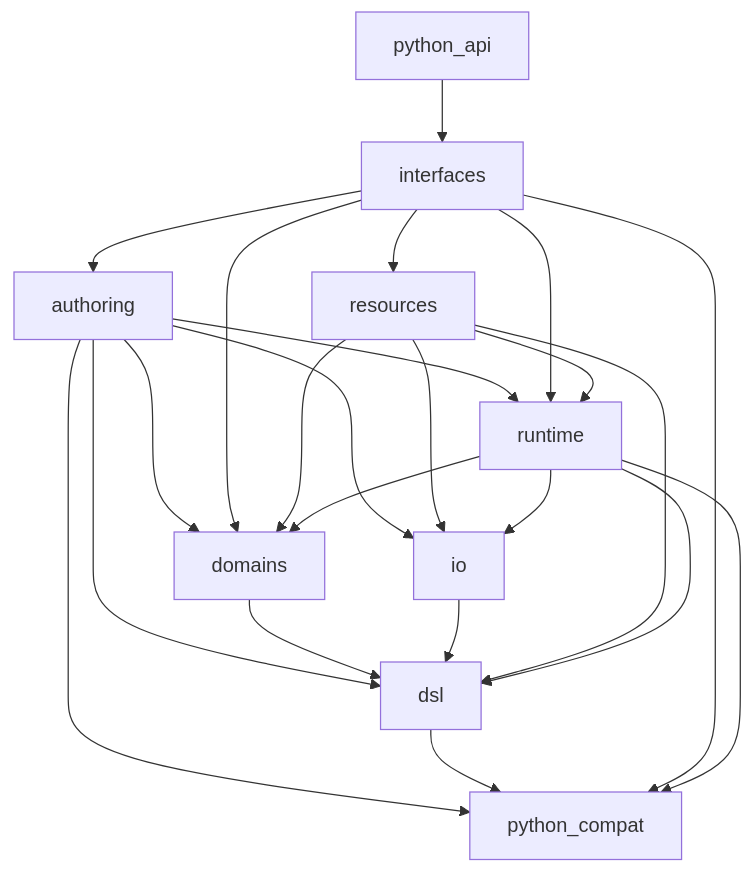
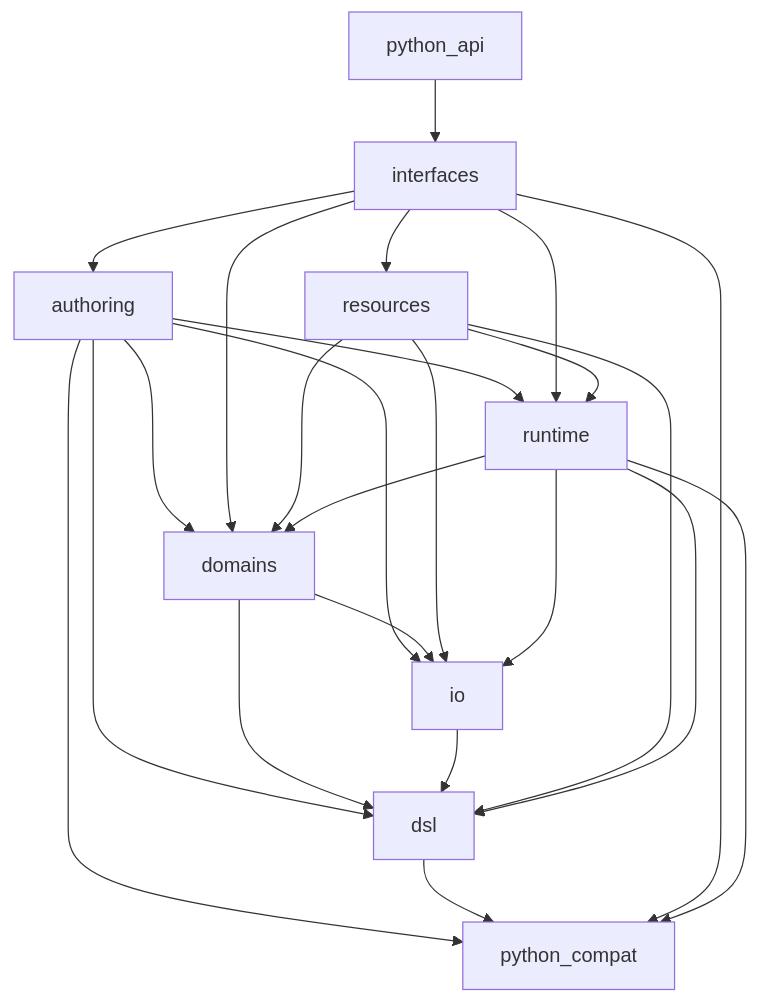
The first of 2 diagrams in docs/architecture/refactoring-study/experiment-2/target-architecture.md (rapiddweller/datamimic), drawn with Mermaid before and after one commit. The commit also changed other lines of this file and 36 other files, not shown here.

````diff
--- a/docs/architecture/refactoring-study/experiment-2/target-architecture.md
+++ b/docs/architecture/refactoring-study/experiment-2/target-architecture.md
@@ -42,25 +44,26 @@
 ```mermaid
 graph TD
     authoring --> domains
     authoring --> dsl
     authoring --> io
     authoring --> python_compat
     authoring --> runtime
     domains --> dsl
+    domains --> io
     dsl --> python_compat
     interfaces --> authoring
     interfaces --> domains
     interfaces --> python_compat
     interfaces --> resources
     interfaces --> runtime
     io --> dsl
     python_api --> interfaces
     resources --> domains
     resources --> dsl
     resources --> io
     resources --> runtime
     runtime --> domains
     runtime --> dsl
     runtime --> io
     runtime --> python_compat
 ```
````
